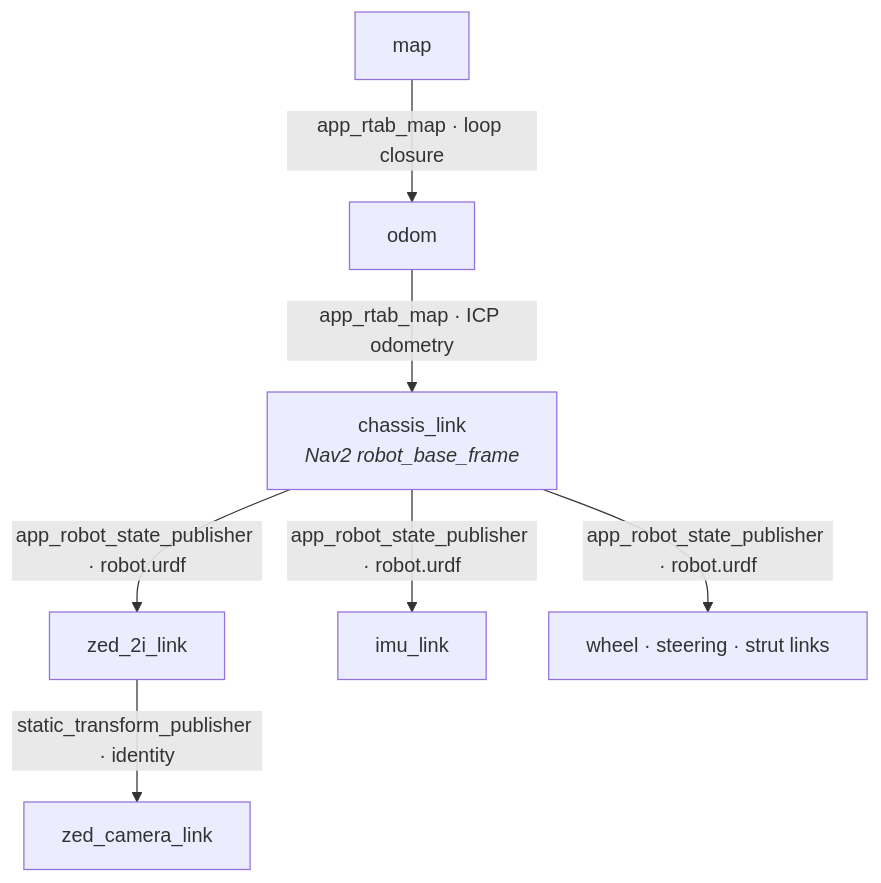
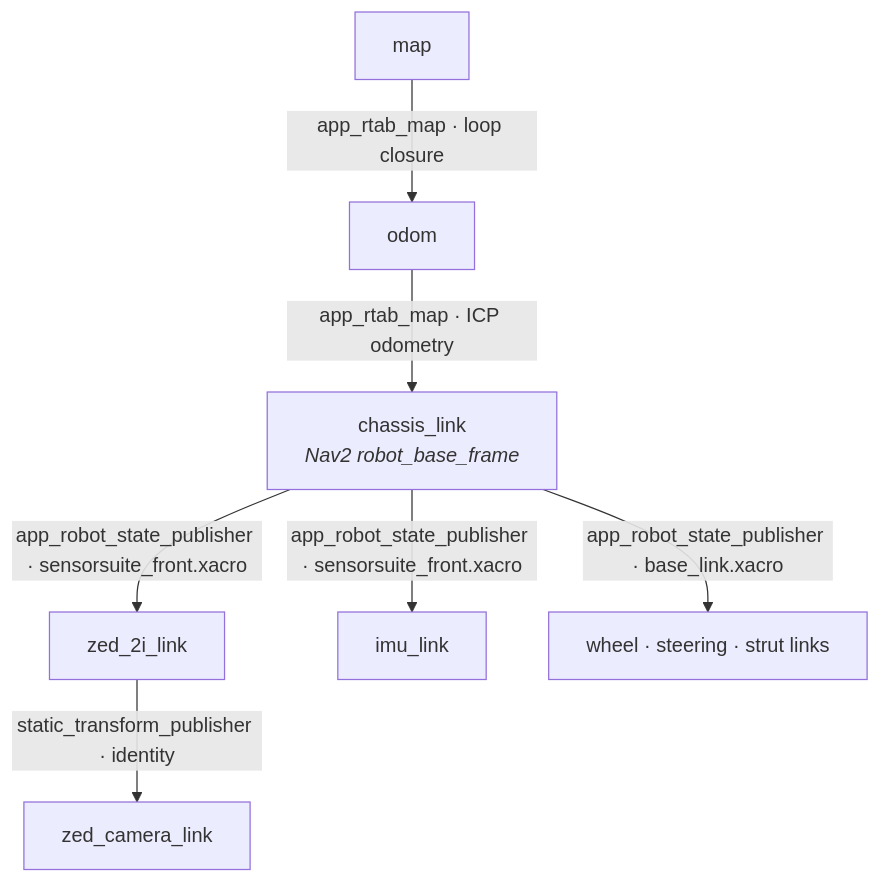
The third of 3 diagrams in ARCHITECTURE.md (PaulMDavid/navigation_ws), drawn with Mermaid before and after one commit. The commit also changed other lines of this file and 15 other files, not shown here.

First line of the commit message:
refactor(urdf): split robot model into base_link + sensorsuite_front xacro

````diff
--- a/ARCHITECTURE.md
+++ b/ARCHITECTURE.md
@@ -110,17 +110,17 @@
 ```mermaid
 flowchart TD
   map["map"]
   odom["odom"]
   chassis["chassis_link<br/><i>Nav2 robot_base_frame</i>"]
   zed["zed_2i_link"]
   imu["imu_link"]
   links["wheel · steering · strut links"]
   zedcam["zed_camera_link"]
 
   map -->|"app_rtab_map · loop closure"| odom
   odom -->|"app_rtab_map · ICP odometry"| chassis
-  chassis -->|"app_robot_state_publisher · robot.urdf"| zed
-  chassis -->|"app_robot_state_publisher · robot.urdf"| imu
-  chassis -->|"app_robot_state_publisher · robot.urdf"| links
+  chassis -->|"app_robot_state_publisher · sensorsuite_front.xacro"| zed
+  chassis -->|"app_robot_state_publisher · sensorsuite_front.xacro"| imu
+  chassis -->|"app_robot_state_publisher · base_link.xacro"| links
   zed -->|"static_transform_publisher · identity"| zedcam
 ```
````
